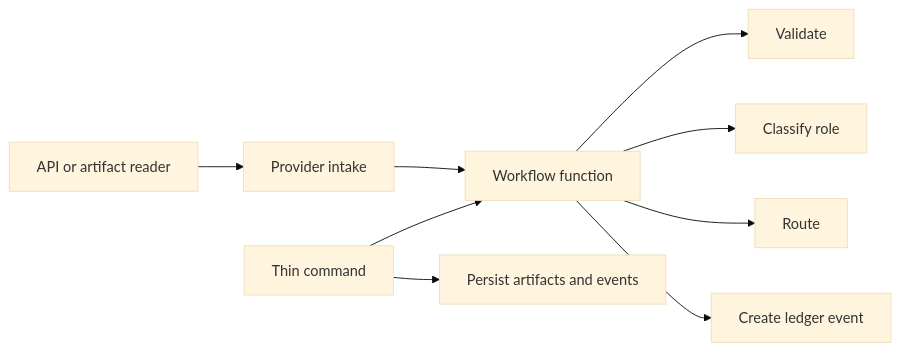
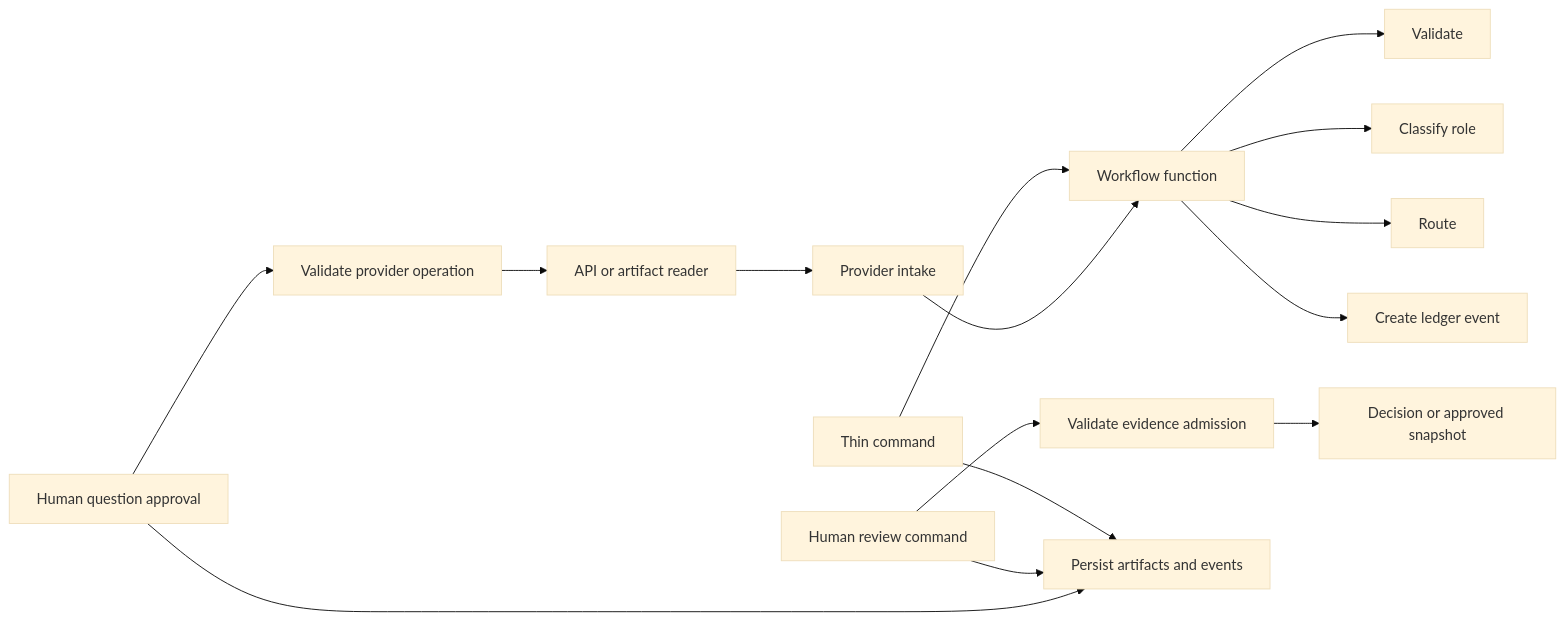
The diagram in 01-Architecture/script-architecture.md (Fdihr/02-Engineering), drawn with Mermaid (base theme) before and after one commit. The commit also changed other lines of this file and 39 other files, not shown here.

First line of the commit message:
Add research-intent and evidence review flow

````diff
--- a/01-Architecture/script-architecture.md
+++ b/01-Architecture/script-architecture.md
@@ -13,11 +13,17 @@
 ```mermaid
 flowchart LR
     Command[Thin command] --> Workflow[Workflow function]
+    Question[Human question approval] --> Operation[Validate provider operation]
+    Operation --> Reader[API or artifact reader]
     Reader[API or artifact reader] --> Intake[Provider intake]
     Intake --> Workflow
     Workflow --> Validate[Validate]
     Workflow --> Classify[Classify role]
     Workflow --> Route[Route]
     Workflow --> Ledger[Create ledger event]
+    Review[Human review command] --> Approval[Validate evidence admission]
+    Approval --> Snapshot[Decision or approved snapshot]
     Command --> Persist[Persist artifacts and events]
+    Review --> Persist
+    Question --> Persist
 ```
````
